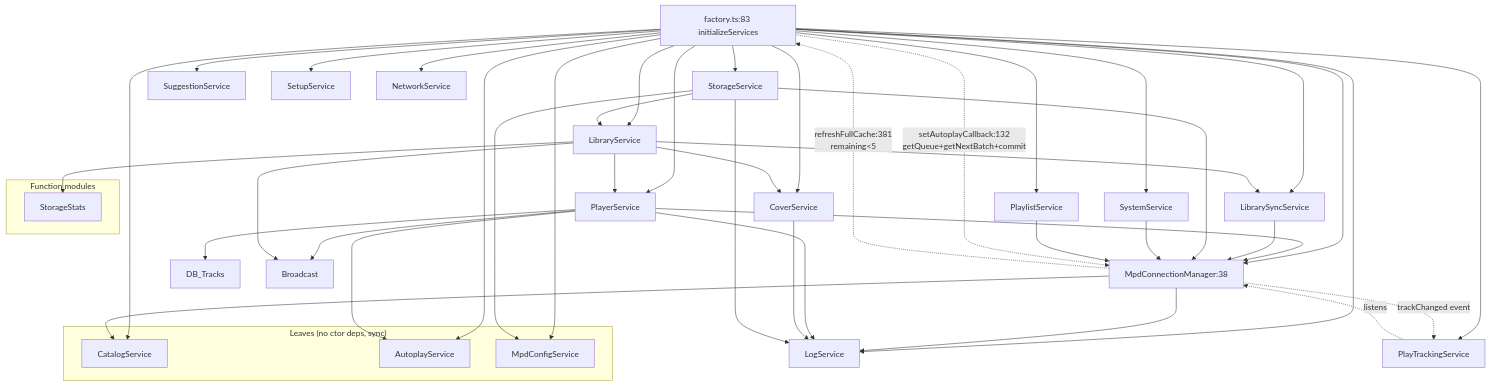
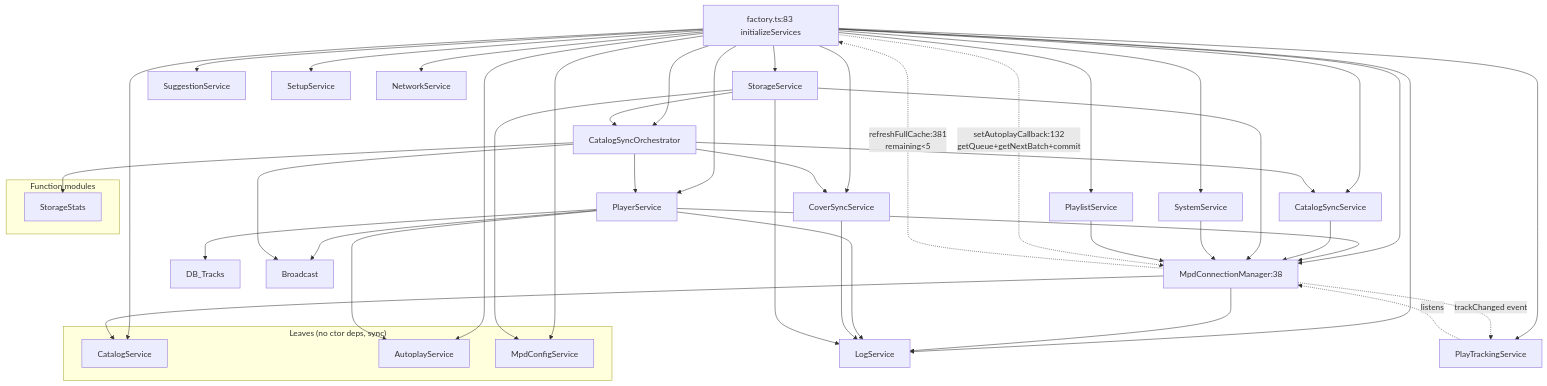
The diagram in docs/backend-services.md (Koberum/Sonect), drawn with Mermaid before and after one commit. The commit also changed other lines of this file and 44 other files, not shown here.

````diff
--- a/docs/backend-services.md
+++ b/docs/backend-services.md
@@ -8,67 +8,67 @@
 ```mermaid
 graph TD
     %% Factory
     Factory["factory.ts:83 initializeServices"] --> LogService
     Factory --> CatalogService
     Factory --> AutoplayService
     Factory --> MpdConfigService
     Factory --> Mpd["MpdConnectionManager:38"]
     Factory --> PlayerService
-    Factory --> LibrarySyncService
-    Factory --> CoverService
-    Factory --> LibraryService
+    Factory --> CatalogSyncService
+    Factory --> CoverSyncService
+    Factory --> CatalogSyncOrchestrator
     Factory --> StorageService
     Factory --> SystemService
     Factory --> PlaylistService
     Factory --> PlayTrackingService
     Factory --> SuggestionService
     Factory --> SetupService
     Factory --> NetworkService
 
     %% Core deps
     Mpd --> CatalogService
     Mpd --> LogService
     Mpd -. "trackChanged event" .-> PlayTrackingService
 
     PlayerService --> LogService
     PlayerService --> Mpd
     PlayerService --> AutoplayService
     PlayerService --> DB_Tracks
     PlayerService --> Broadcast
 
-    LibrarySyncService --> Mpd
+    CatalogSyncService --> Mpd
 
-    LibraryService --> PlayerService
-    LibraryService --> CoverService
-    LibraryService --> LibrarySyncService
-    LibraryService --> StorageStats
-    LibraryService --> Broadcast
+    CatalogSyncOrchestrator --> PlayerService
+    CatalogSyncOrchestrator --> CoverSyncService
+    CatalogSyncOrchestrator --> CatalogSyncService
+    CatalogSyncOrchestrator --> StorageStats
+    CatalogSyncOrchestrator --> Broadcast
 
-    CoverService --> LogService
+    CoverSyncService --> LogService
 
     StorageService --> Mpd
-    StorageService --> LibraryService
+    StorageService --> CatalogSyncOrchestrator
     StorageService --> MpdConfigService
     StorageService --> LogService
 
     SystemService --> Mpd
 
     PlaylistService --> Mpd
 
     PlayTrackingService -. listens .-> Mpd
 
     %% Autoplay cycle via factory callback
     Factory -. "setAutoplayCallback:132\ngetQueue+getNextBatch+commit" .-> Mpd
     Mpd -. "refreshFullCache:381\nremaining<5" .-> Factory
 
     %% Layering
     subgraph Leaves["Leaves (no ctor deps, sync)"]
         CatalogService
         AutoplayService
         MpdConfigService
     end
 
     subgraph FunctionModules["Function modules"]
         StorageStats
     end
 ```
````
